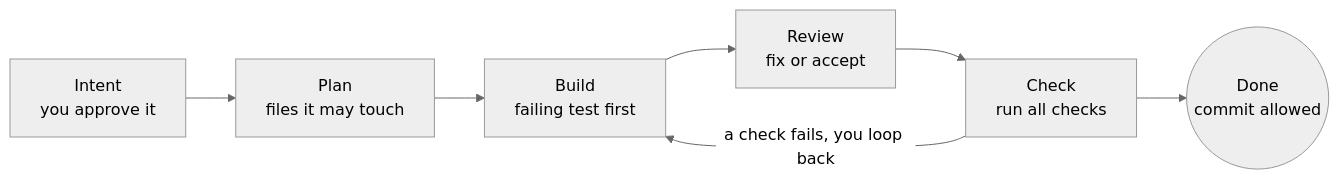
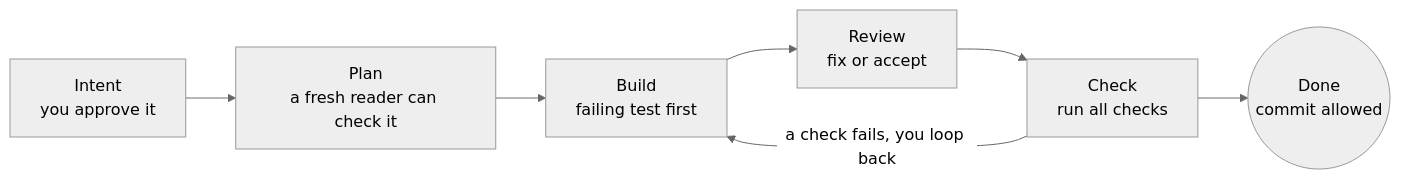
One commit to galando/temper changed the diagram in README.md. Above: the diagram before and after it, drawn with Mermaid (neutral theme). The commit also changed other lines of this file and 45 other files, not shown here.

First line of the commit message:
v9.7.6: a fresh reader checks the plan, checkable contests, a reviewer that stopped is not run, spec drift (#105)

````diff
--- a/README.md
+++ b/README.md
@@ -57,9 +35,9 @@
 ```mermaid
 flowchart LR
-  I["Intent<br/>you approve it"] --> P["Plan<br/>files it may touch"]
+  I["Intent<br/>you approve it"] --> P["Plan<br/>a fresh reader can check it"]
   P --> B["Build<br/>failing test first"]
   B --> R["Review<br/>fix or accept"]
   R --> C["Check<br/>run all checks"]
   C --> D(("Done<br/>commit allowed"))
   C -- "a check fails, you loop back" --> B
 ```
````
